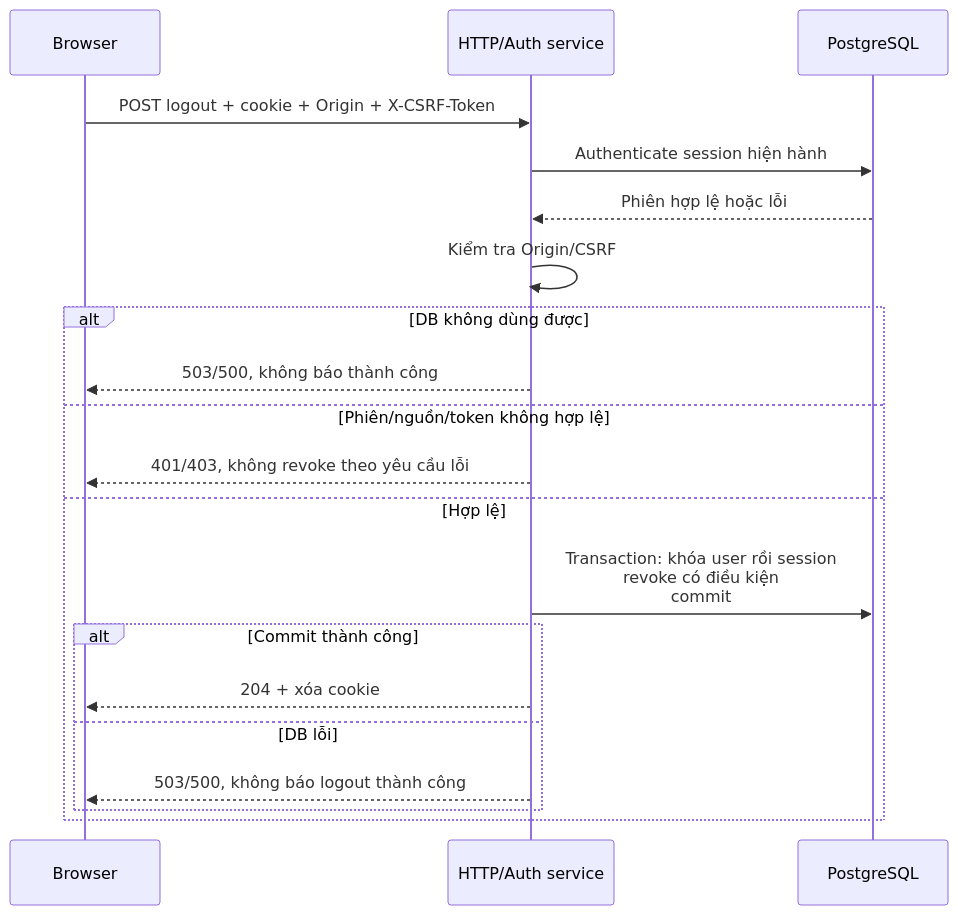
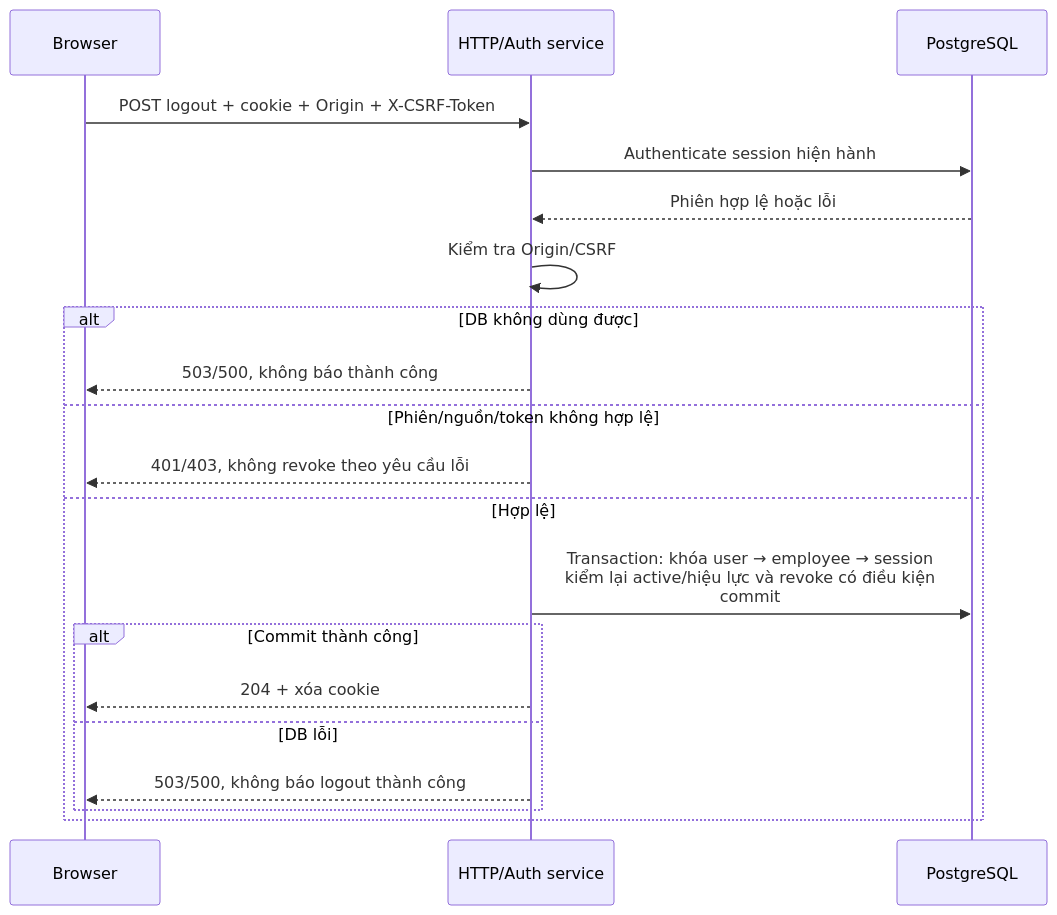
Before and after one commit to mingquanjp/prj-manage-system: the fourth of 5 diagrams in docs/proposals/backend-auth-session.md, drawn with Mermaid. The commit also changed other lines of this file and 5 other files, not shown here.

````diff
--- a/docs/proposals/backend-auth-session.md
+++ b/docs/proposals/backend-auth-session.md
@@ -533,22 +535,22 @@
 ```mermaid
 sequenceDiagram
   participant B as Browser
   participant H as HTTP/Auth service
   participant D as PostgreSQL
   B->>H: POST logout + cookie + Origin + X-CSRF-Token
   H->>D: Authenticate session hiện hành
   D-->>H: Phiên hợp lệ hoặc lỗi
   H->>H: Kiểm tra Origin/CSRF
   alt DB không dùng được
     H-->>B: 503/500, không báo thành công
   else Phiên/nguồn/token không hợp lệ
     H-->>B: 401/403, không revoke theo yêu cầu lỗi
   else Hợp lệ
-    H->>D: Transaction: khóa user rồi session<br/> revoke có điều kiện<br/> commit
+    H->>D: Transaction: khóa user → employee → session<br/> kiểm lại active/hiệu lực và revoke có điều kiện<br/> commit
     alt Commit thành công
       H-->>B: 204 + xóa cookie
     else DB lỗi
       H-->>B: 503/500, không báo logout thành công
     end
   end
 ```
````
